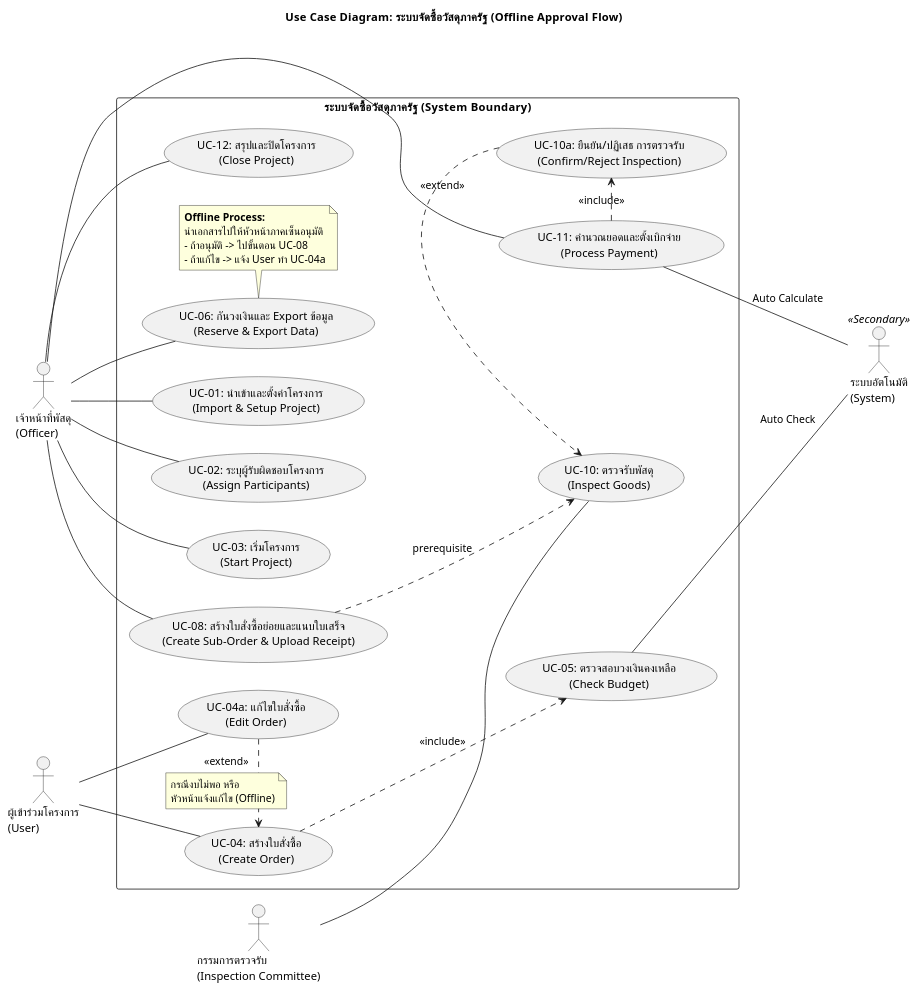
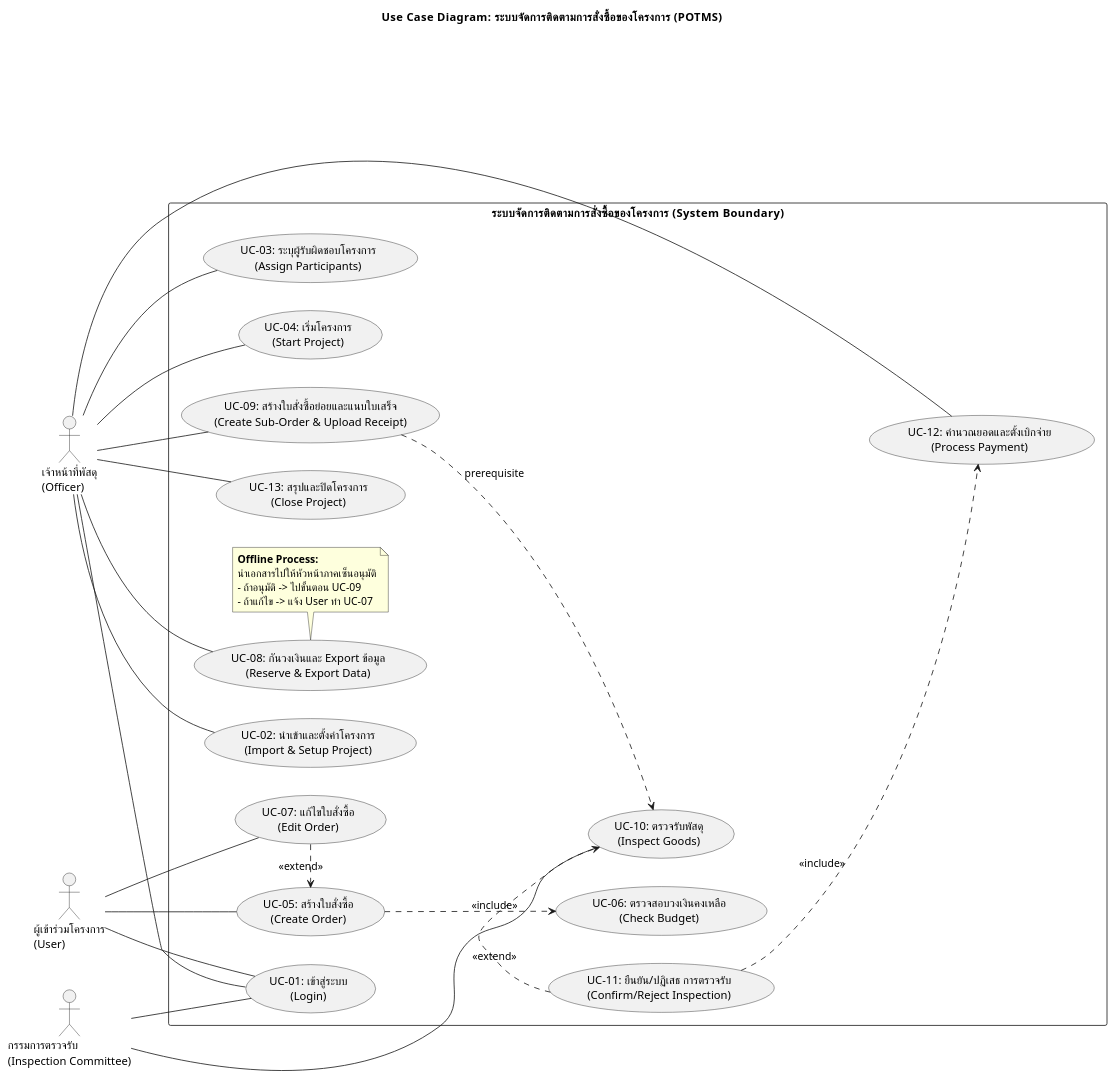
One commit to Thavizup-Deesan/DSSI-PROJECT-2568 changed the diagram in Diagram/usecase.puml. Above: the diagram before and after it, drawn with PlantUML. The commit also changed 9085 other files, not shown here.

```diff
--- a/Diagram/usecase.puml
+++ b/Diagram/usecase.puml
@@ -1,83 +1,89 @@
 @startuml
-title Use Case Diagram: ระบบจัดซื้อวัสดุภาครัฐ (Offline Approval Flow)
+title Use Case Diagram: ระบบจัดการติดตามการสั่งซื้อของโครงการ (POTMS)
 left to right direction
 skinparam packageStyle rectangle
 
 ' --- Actors ---
 actor "เจ้าหน้าที่พัสดุ\n(Officer)" as Officer
 actor "ผู้เข้าร่วมโครงการ\n(User)" as User
 actor "กรรมการตรวจรับ\n(Inspection Committee)" as Committee
-actor "ระบบอัตโนมัติ\n(System)" as System <<Secondary>>
 
-rectangle "ระบบจัดซื้อวัสดุภาครัฐ (System Boundary)" {
+rectangle "ระบบจัดการติดตามการสั่งซื้อของโครงการ (System Boundary)" {
 
-    ' --- Group 1: Project Setup ---
-    usecase "UC-01: นำเข้าและตั้งค่าโครงการ\n(Import & Setup Project)" as UC01
-    usecase "UC-02: ระบุผู้รับผิดชอบโครงการ\n(Assign Participants)" as UC02
-    usecase "UC-03: เริ่มโครงการ\n(Start Project)" as UC03
+    ' --- Group 1: Authentication ---
+    usecase "UC-01: เข้าสู่ระบบ\n(Login)" as UC01
 
-    ' --- Group 2: Ordering ---
-    usecase "UC-04: สร้างใบสั่งซื้อ\n(Create Order)" as UC04
-    usecase "UC-04a: แก้ไขใบสั่งซื้อ\n(Edit Order)" as UC05
-    usecase "UC-05: ตรวจสอบวงเงินคงเหลือ\n(Check Budget)" as UC06
+    ' --- Group 2: Project Setup ---
+    usecase "UC-02: นำเข้าและตั้งค่าโครงการ\n(Import & Setup Project)" as UC02
+    usecase "UC-03: ระบุผู้รับผิดชอบโครงการ\n(Assign Participants)" as UC03
+    usecase "UC-04: เริ่มโครงการ\n(Start Project)" as UC04
+
+    ' --- Group 3: Ordering ---
+    usecase "UC-05: สร้างใบสั่งซื้อ\n(Create Order)" as UC05
+    usecase "UC-06: ตรวจสอบวงเงินคงเหลือ\n(Check Budget)" as UC06
+    usecase "UC-07: แก้ไขใบสั่งซื้อ\n(Edit Order)" as UC07
     
-    ' --- Group 3: Export for Offline Process ---
-    usecase "UC-06: กันวงเงินและ Export ข้อมูล\n(Reserve & Export Data)" as UC07
+    ' --- Group 4: Export for Offline Process ---
+    usecase "UC-08: กันวงเงินและ Export ข้อมูล\n(Reserve & Export Data)" as UC08
     
-    note bottom of UC07
+    note bottom of UC08
         <b>Offline Process:</b>
         นำเอกสารไปให้หัวหน้าภาคเซ็นอนุมัติ
-        - ถ้าอนุมัติ -> ไปขั้นตอน UC-08
-        - ถ้าแก้ไข -> แจ้ง User ทำ UC-04a
+        - ถ้าอนุมัติ -> ไปขั้นตอน UC-09
+        - ถ้าแก้ไข -> แจ้ง User ทำ UC-07
     end note
 
-    ' --- Group 4: Fulfillment ---
-    usecase "UC-08: สร้างใบสั่งซื้อย่อยและแนบใบเสร็จ\n(Create Sub-Order & Upload Receipt)" as UC09
+    ' --- Group 5: Fulfillment ---
+    usecase "UC-09: สร้างใบสั่งซื้อย่อยและแนบใบเสร็จ\n(Create Sub-Order & Upload Receipt)" as UC09
     usecase "UC-10: ตรวจรับพัสดุ\n(Inspect Goods)" as UC10
-    usecase "UC-10a: ยืนยัน/ปฏิเสธ การตรวจรับ\n(Confirm/Reject Inspection)" as UC11
+    usecase "UC-11: ยืนยัน/ปฏิเสธ การตรวจรับ\n(Confirm/Reject Inspection)" as UC11
 
-    ' --- Group 5: Closing ---
-    usecase "UC-11: คำนวณยอดและตั้งเบิกจ่าย\n(Process Payment)" as UC12
-    usecase "UC-12: สรุปและปิดโครงการ\n(Close Project)" as UC13
+    ' --- Group 6: Closing ---
+    usecase "UC-12: คำนวณยอดและตั้งเบิกจ่าย\n(Process Payment)" as UC12
+    usecase "UC-13: สรุปและปิดโครงการ\n(Close Project)" as UC13
 
     ' --- Relationships ---
 
+    ' Authentication
+    Officer -- UC01
+    User -- UC01
+    Committee -- UC01
+
     ' Officer Actions
-    Officer -- UC01
     Officer -- UC02
     Officer -- UC03
-    Officer -- UC07
+    Officer -- UC04
+    Officer -- UC08
     Officer -- UC09
     Officer -- UC12
     Officer -- UC13
 
     ' User Actions
-    User -- UC04
     User -- UC05
+    User -- UC07
 
     ' Committee Actions
     Committee -- UC10
 
-    ' System Actions
-    UC06 -- System : Auto Check
-    UC12 -- System : Auto Calculate
-
-    ' --- Logic & Dependencies ---
+    ' --- Logic & Dependencies (Internal System Processes) ---
     
     ' Ordering Logic
-    UC04 ..> UC06 : <<include>>
-    UC05 .> UC04 : <<extend>> 
-    note on link
-        กรณีงบไม่พอ หรือ
-        หัวหน้าแจ้งแก้ไข (Offline)
-    end note
+    ' UC-05 (Create) เรียก UC-06 (Check Budget) เสมอ
+    UC05 ..> UC06 : <<include>>
+    
+    ' UC-07 (Edit) เป็นทางเลือกของ UC-05
+    UC07 .> UC05 : <<extend>> 
 
     ' Inspection Logic
+    ' UC-10 (Inspect) ต้องรอ UC-09 (Create Sub-Order) ก่อน
     UC09 ..> UC10 : prerequisite
+    
+    ' UC-11 (Confirm) เป็นผลต่อเนื่องจาก UC-10
     UC11 .> UC10 : <<extend>>
     
     ' Payment Logic
-    UC12 .> UC11 : <<include>>
+    ' UC-11 (Confirm) เรียก UC-12 (Calculate & Process) เสมอ
+    UC11 ..> UC12 : <<include>>
 }
 
 @enduml
```
